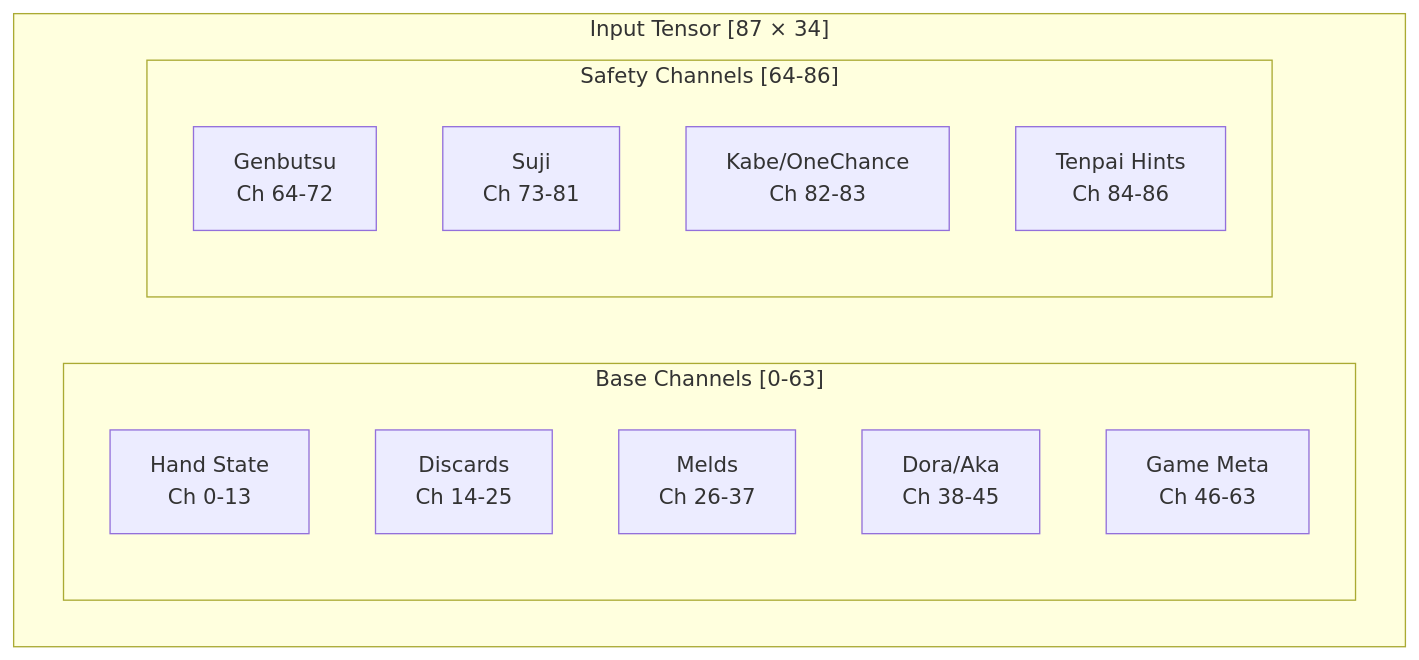
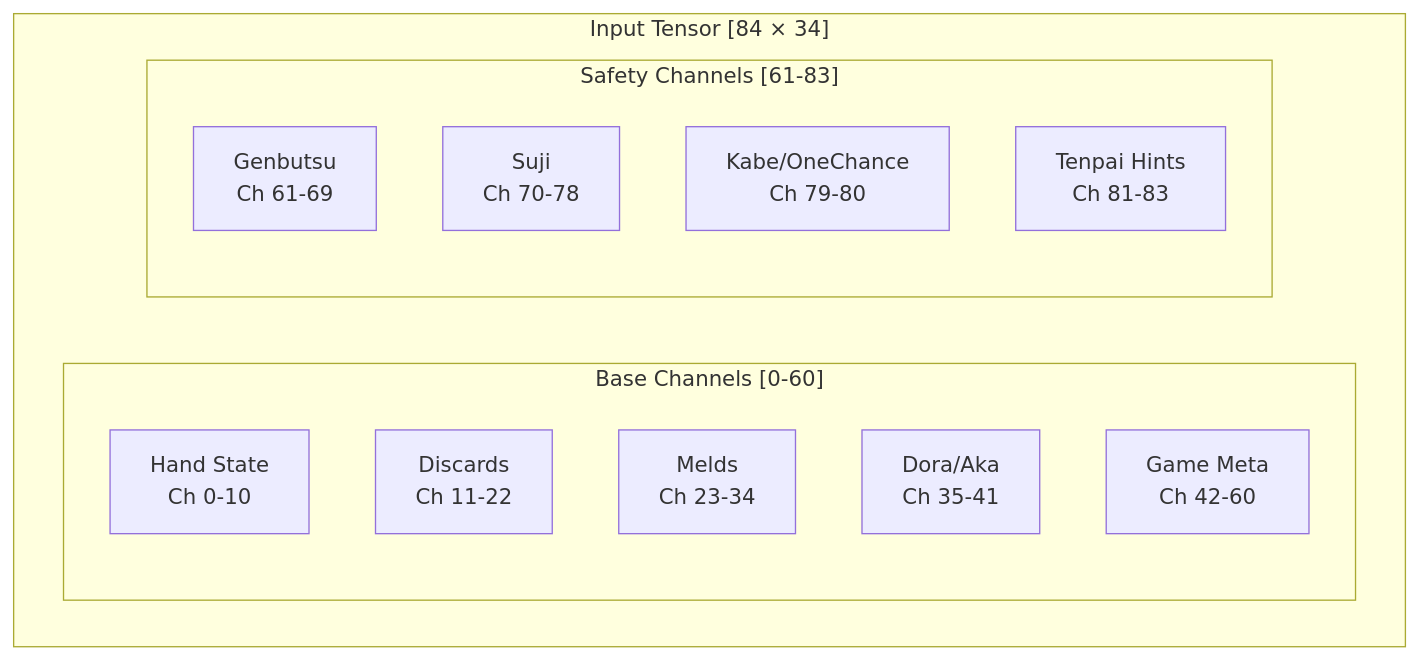
The fourth of 9 diagrams in research/HYDRA_SPEC.md (NikkeTryHard/hydra), drawn with Mermaid before and after one commit. The commit also changed other lines of this file and 3 other files, not shown here.

````diff
--- a/research/HYDRA_SPEC.md
+++ b/research/HYDRA_SPEC.md
@@ -263,19 +267,19 @@
 ```mermaid
 graph TB
-    subgraph "Input Tensor [87 × 34]"
-        subgraph "Base Channels [0-63]"
-            HAND["Hand State<br/>Ch 0-13"]
-            DISC["Discards<br/>Ch 14-25"]
-            MELD["Melds<br/>Ch 26-37"]
-            DORA["Dora/Aka<br/>Ch 38-45"]
-            META["Game Meta<br/>Ch 46-63"]
+    subgraph "Input Tensor [84 × 34]"
+        subgraph "Base Channels [0-60]"
+            HAND["Hand State<br/>Ch 0-10"]
+            DISC["Discards<br/>Ch 11-22"]
+            MELD["Melds<br/>Ch 23-34"]
+            DORA["Dora/Aka<br/>Ch 35-41"]
+            META["Game Meta<br/>Ch 42-60"]
         end
 
-        subgraph "Safety Channels [64-86]"
-            GEN["Genbutsu<br/>Ch 64-72"]
-            SUJI["Suji<br/>Ch 73-81"]
-            KABE["Kabe/OneChance<br/>Ch 82-83"]
-            HINT["Tenpai Hints<br/>Ch 84-86"]
+        subgraph "Safety Channels [61-83]"
+            GEN["Genbutsu<br/>Ch 61-69"]
+            SUJI["Suji<br/>Ch 70-78"]
+            KABE["Kabe/OneChance<br/>Ch 79-80"]
+            HINT["Tenpai Hints<br/>Ch 81-83"]
         end
     end
 ```
````
